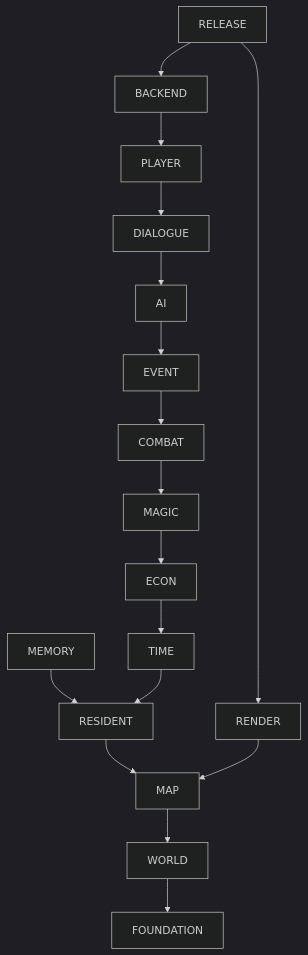
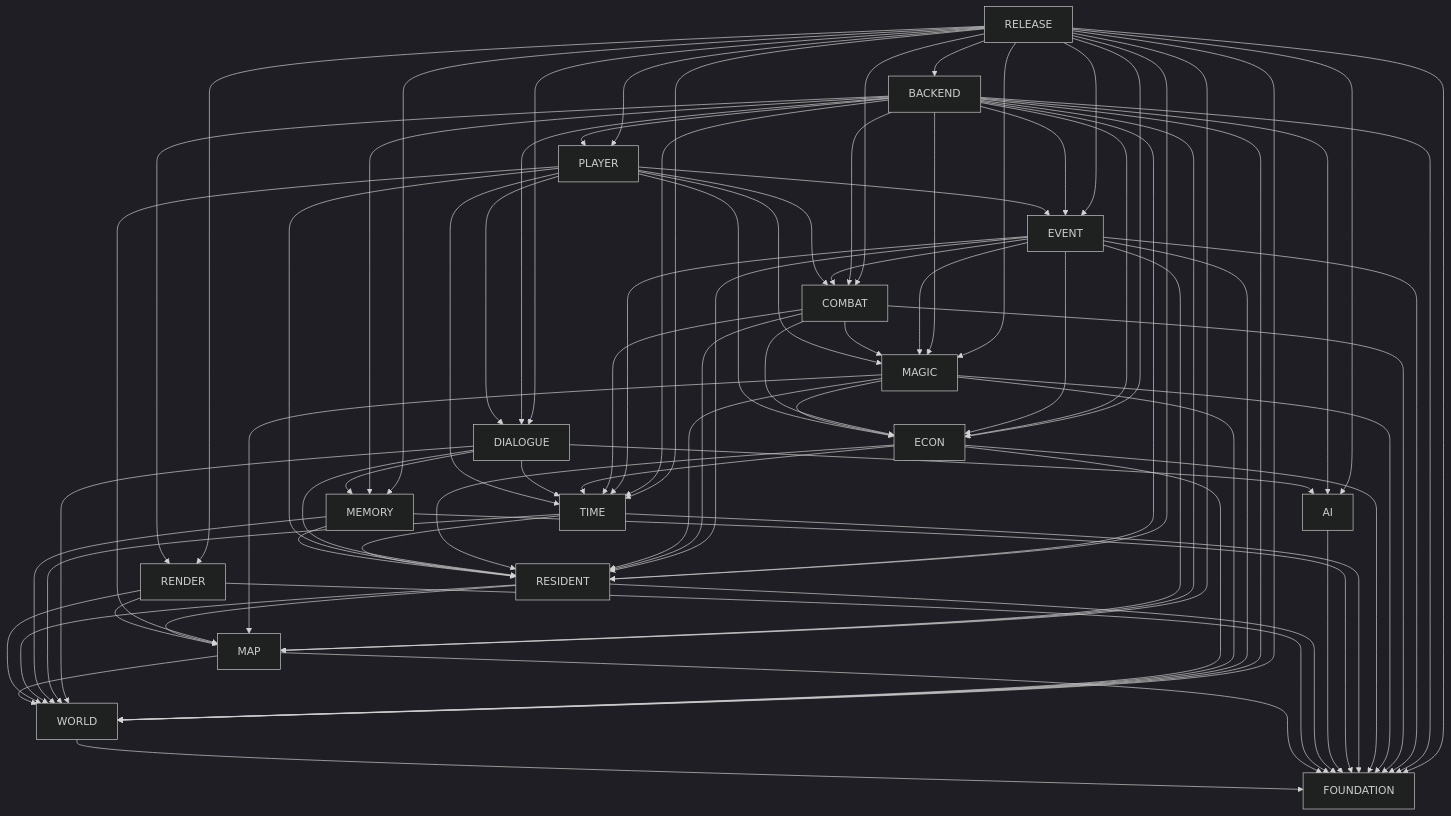
Before and after one commit to Darkdream595/AI-Town: the diagram in docs/00-foundation/03-system-boundaries-dependency-map.md, drawn with Mermaid (dark theme). The commit also changed other lines of this file and 1 other file, not shown here.

Commit message:
docs: 修复总纲风险与依赖契约

````diff
--- a/docs/00-foundation/03-system-boundaries-dependency-map.md
+++ b/docs/00-foundation/03-system-boundaries-dependency-map.md
@@ -91,19 +93,83 @@
     X["RENDER"]
 
     W --> F
+    M --> F
     M --> W
+    X --> F
+    X --> W
+    X --> M
+    R --> F
+    R --> W
     R --> M
+    A --> F
+    MM --> F
+    MM --> W
     MM --> R
+    T --> F
+    T --> W
     T --> R
+    P --> M
+    P --> R
+    P --> T
+    P --> D
+    P --> E
+    P --> G
+    P --> C
+    P --> V
+    D --> W
+    D --> R
+    D --> MM
+    D --> T
+    D --> A
+    E --> F
+    E --> W
+    E --> R
     E --> T
+    G --> F
+    G --> W
+    G --> M
+    G --> R
     G --> E
+    C --> F
+    C --> R
+    C --> T
+    C --> E
     C --> G
+    V --> F
+    V --> W
+    V --> M
+    V --> R
+    V --> T
+    V --> E
+    V --> G
     V --> C
-    A --> V
-    D --> A
-    P --> D
+    B --> F
+    B --> W
+    B --> M
+    B --> X
+    B --> R
+    B --> A
+    B --> MM
+    B --> T
     B --> P
+    B --> D
+    B --> E
+    B --> G
+    B --> C
+    B --> V
+    L --> F
+    L --> W
+    L --> M
+    L --> X
+    L --> R
+    L --> A
+    L --> MM
+    L --> T
+    L --> P
+    L --> D
+    L --> E
+    L --> G
+    L --> C
+    L --> V
     L --> B
-    X --> M
-    L --> X
 ```
````
